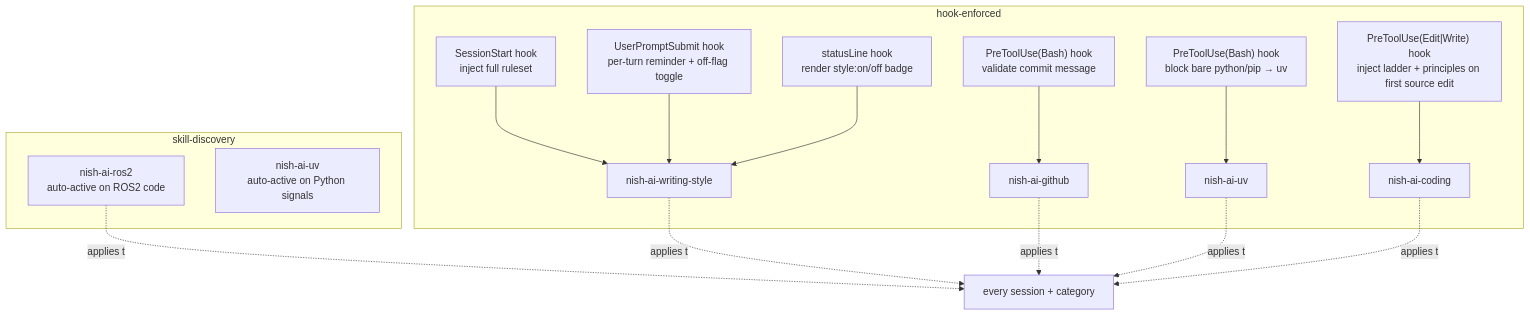
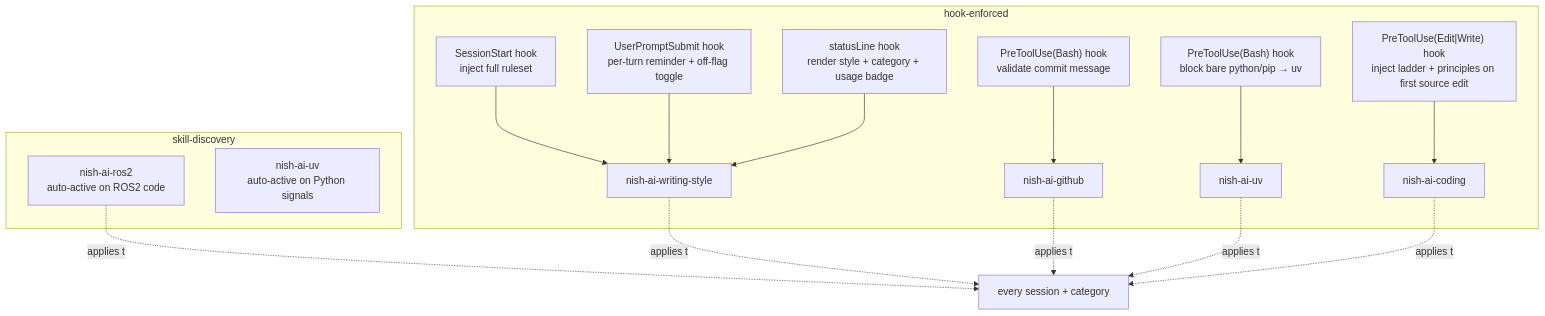
The third of 3 diagrams in README.md (ubunish/nish-ai), drawn with Mermaid before and after one commit. The commit also changed other lines of this file, not shown here.

Commit message:
docs: document statusline usage badge

````diff
--- a/README.md
+++ b/README.md
@@ -205,26 +209,26 @@
 ```mermaid
 flowchart TD
     subgraph hook["hook-enforced"]
         SS["SessionStart hook<br/>inject full ruleset"]
         UP["UserPromptSubmit hook<br/>per-turn reminder + off-flag toggle"]
-        SL["statusLine hook<br/>render style:on/off badge"]
+        SL["statusLine hook<br/>render style + category + usage badge"]
         PV["PreToolUse(Bash) hook<br/>validate commit message"]
         PU["PreToolUse(Bash) hook<br/>block bare python/pip → uv"]
         PC["PreToolUse(Edit|Write) hook<br/>inject ladder + principles on first source edit"]
         SS --> WS["nish-ai-writing-style"]
         UP --> WS
         SL --> WS
         PV --> GH["nish-ai-github"]
         PU --> UV["nish-ai-uv"]
         PC --> CD["nish-ai-coding"]
     end
     subgraph disc["skill-discovery"]
         RO["nish-ai-ros2<br/>auto-active on ROS2 code"]
         UVD["nish-ai-uv<br/>auto-active on Python signals"]
     end
     WS -.applies to.-> ALL["every session + category"]
     CD -.applies to.-> ALL
     RO -.applies to.-> ALL
     GH -.applies to.-> ALL
     UV -.applies to.-> ALL
 ```
````
